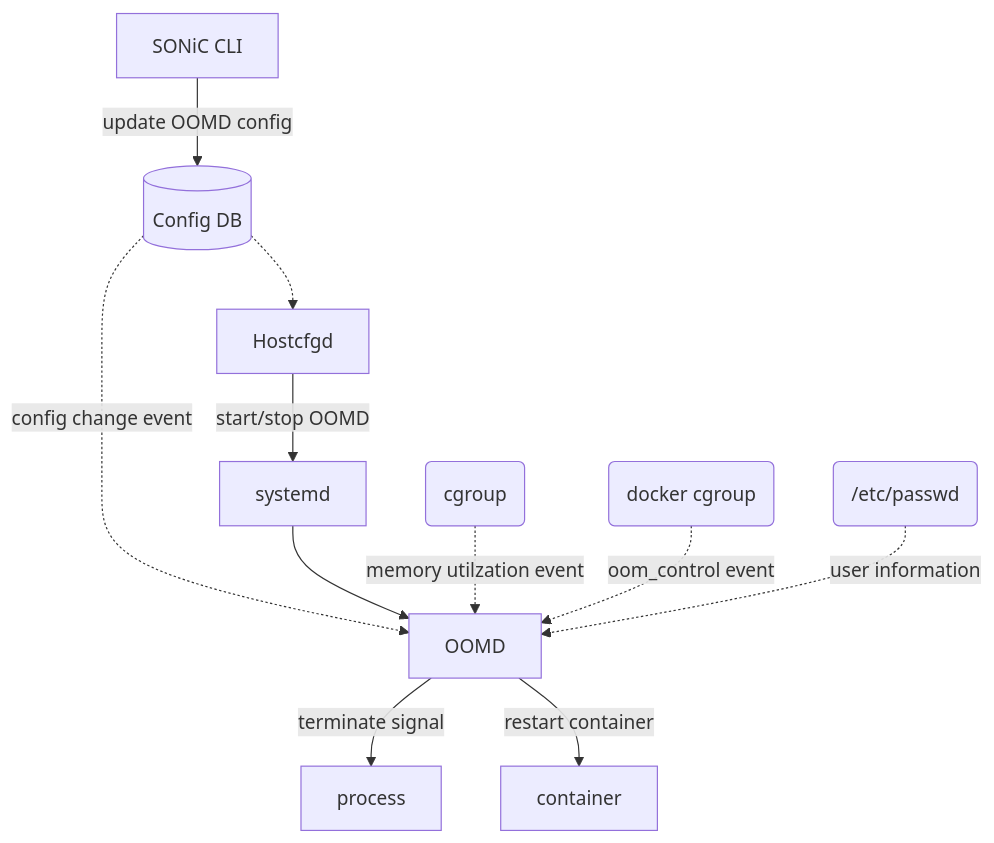
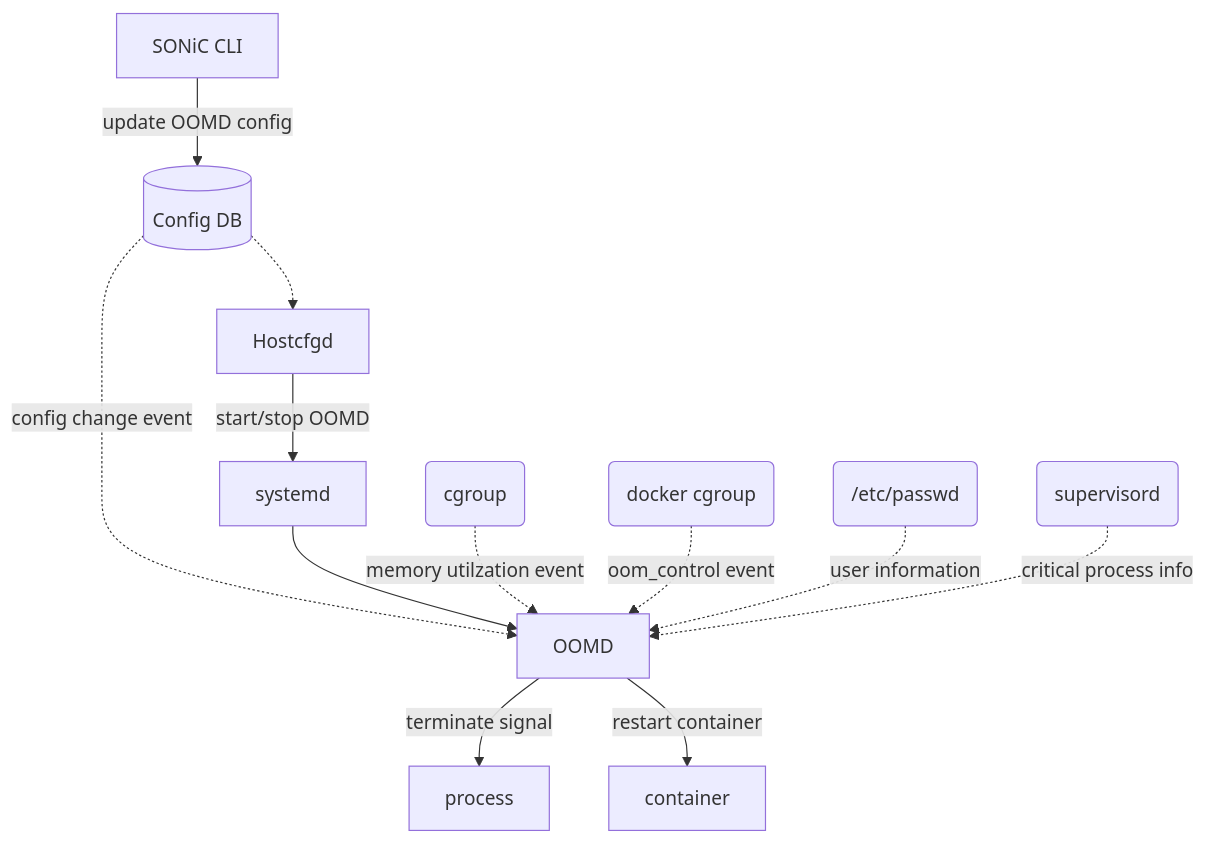
One commit to sonic-net/SONiC changed the diagram in doc/oomd/High-level design diagram.mermaid. Above: the diagram before and after it, drawn with Mermaid. The commit also changed 6 other files, not shown here.

````diff
--- a/doc/oomd/High-level design diagram.mermaid
+++ b/doc/oomd/High-level design diagram.mermaid
@@ -2,30 +2,33 @@
 ```mermaid
 graph TD;
 %% SONiC CLI update config DB
 CLI[SONiC CLI] -- update OOMD config --> CONFDB[(Config DB)];
 
 
 %% HostCfgd/OOMD subscribes config DB change
 CONFDB -.-> HOSTCFGD[Hostcfgd];
 CONFDB -. config change event .-> OOMD[OOMD];
 
 %% HostCfgd start/stop OOMD
 HOSTCFGD -- start/stop OOMD --> systemd[systemd];
 systemd --> OOMD;
 
 %% OOMD subscribes memory utilzation event from cgroup
 CGROUP(cgroup) -. memory utilzation event .-> OOMD; 
 
 %% OOMD subscribes oom_control event from cgroup
 DOCKERCGROUP(docker cgroup) -. oom_control event .-> OOMD; 
 
 %% OOMD get user info from /etc/passwd
 passwd(/etc/passwd) -. user information .-> OOMD;
 
+%% OOMD get critical process info from supervisord
+supervisord(supervisord) -. critical process info .-> OOMD;
+
 %% OOMD terminate user session/process when memory utilzation reach high-water mark
 OOMD -- terminate signal --> process[process]
 
 %% OOMD re-start docker container when container OOM happen
 OOMD -- restart container --> container[container]
 
 ```
````
